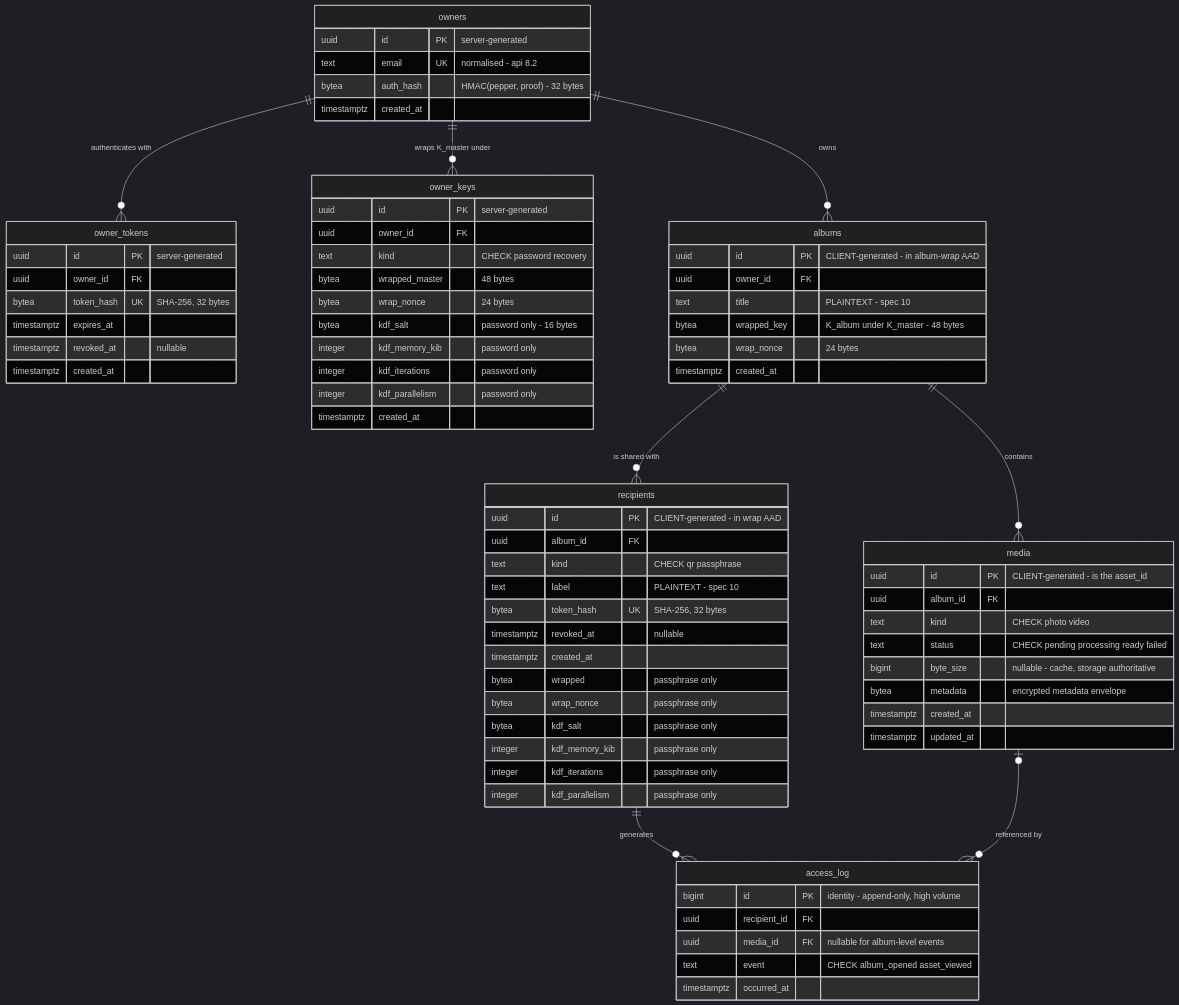
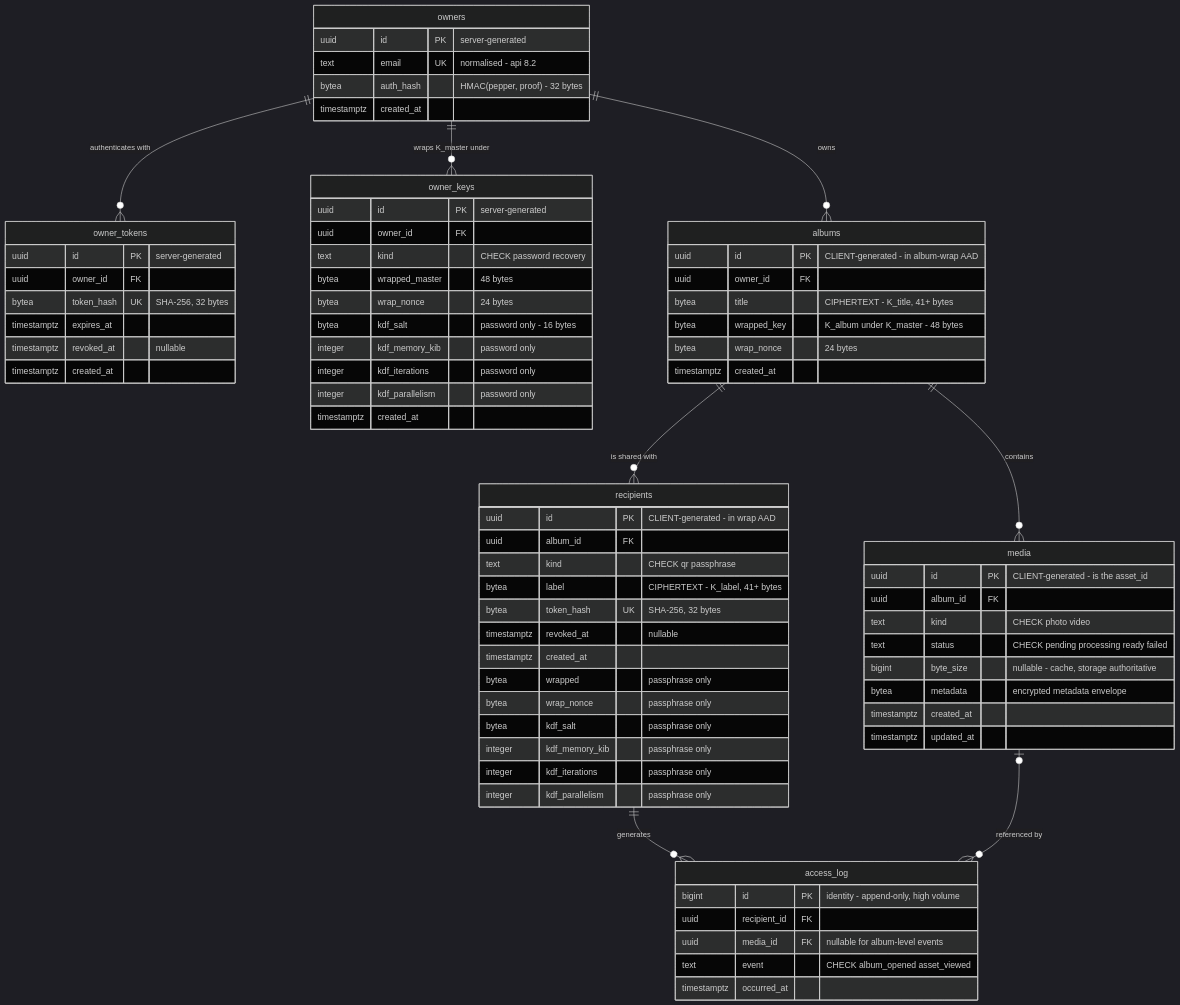
The diagram in spec/vitrina-schema.md (gonzalogarahuetes/vitrina), drawn with Mermaid (dark theme) before and after one commit. The commit also changed other lines of this file and 15 other files, not shown here.

First line of the commit message:
docs+test(B.6): titles and labels as ciphertext through routes, tests and spec

```diff
--- a/spec/vitrina-schema.md
+++ b/spec/vitrina-schema.md
@@ -80,7 +80,7 @@
     albums {
         uuid id PK "CLIENT-generated - in album-wrap AAD"
         uuid owner_id FK
-        text title "PLAINTEXT - spec 10"
+        bytea title "CIPHERTEXT - K_title, 41+ bytes"
         bytea wrapped_key "K_album under K_master - 48 bytes"
         bytea wrap_nonce "24 bytes"
         timestamptz created_at
@@ -101,7 +101,7 @@
         uuid id PK "CLIENT-generated - in wrap AAD"
         uuid album_id FK
         text kind "CHECK qr passphrase"
-        text label "PLAINTEXT - spec 10"
+        bytea label "CIPHERTEXT - K_label, 41+ bytes"
         bytea token_hash UK "SHA-256, 32 bytes"
         timestamptz revoked_at "nullable"
         timestamptz created_at
```
